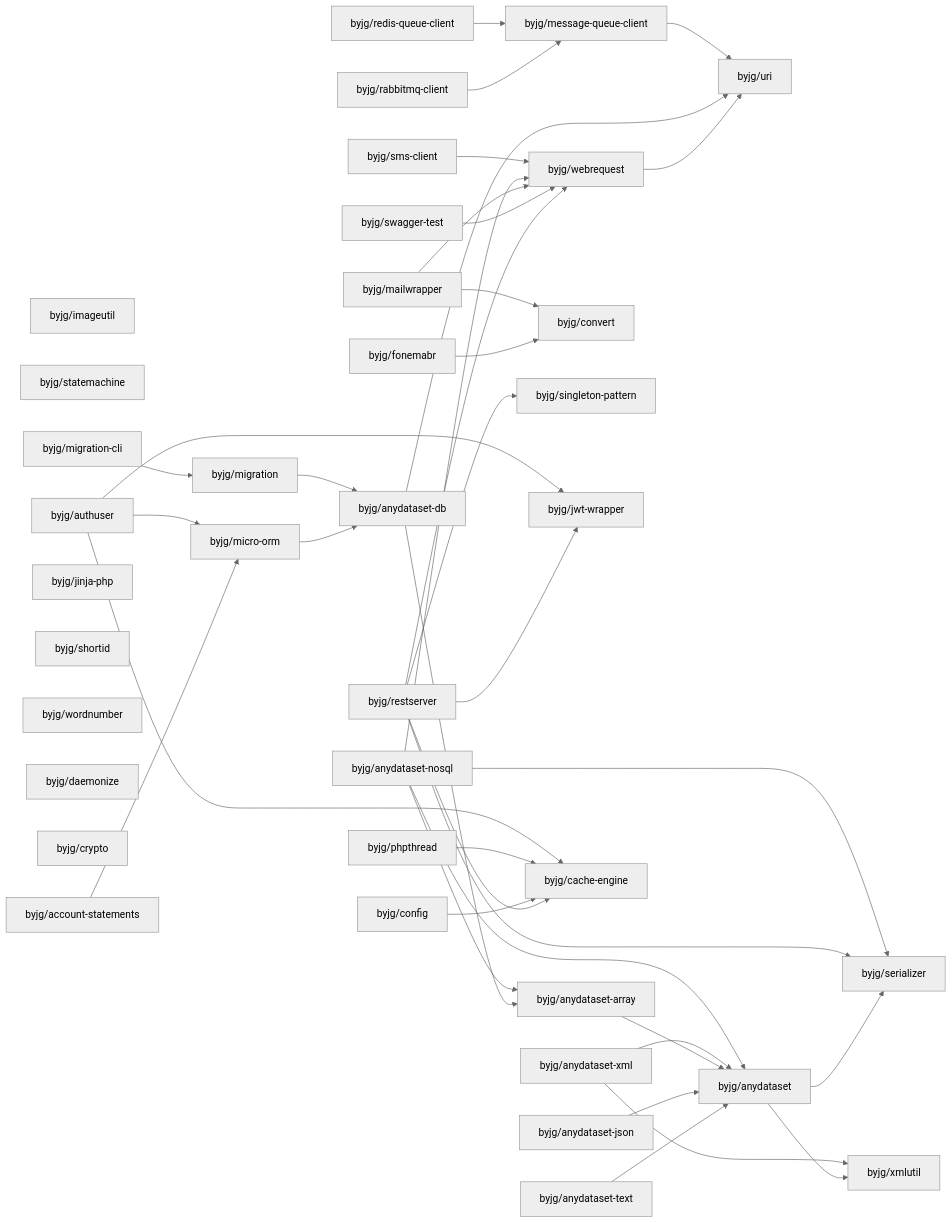
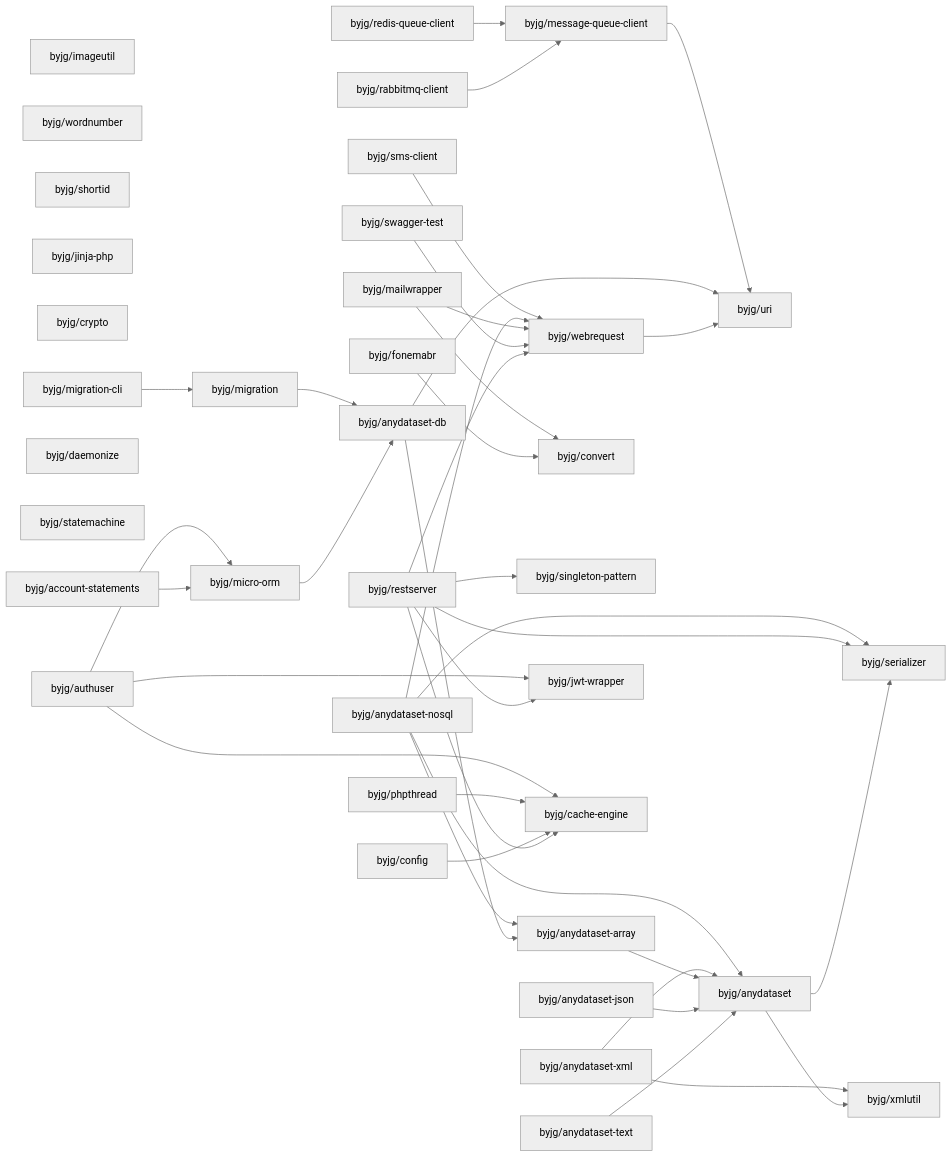
One commit to byjg/byjg.github.io changed the diagram in docs/php/README.md. Above: the diagram before and after it, drawn with Mermaid (neutral theme). The commit also changed other lines of this file, not shown here.

Commit message:
Update documentation 'php' 'php-jwt-wrapper'

````diff
--- a/docs/php/README.md
+++ b/docs/php/README.md
@@ -3,76 +3,76 @@
 ```mermaid
 graph LR;
   byjg/imageutil;
+  byjg/mailwrapper;
+  byjg/wordnumber;
+  byjg/shortid;
+  byjg/anydataset-json;
+  byjg/jinja-php;
+  byjg/anydataset-xml;
+  byjg/crypto;
+  byjg/fonemabr;
+  byjg/swagger-test;
+  byjg/migration-cli;
+  byjg/config;
+  byjg/daemonize;
+  byjg/statemachine;
+  byjg/account-statements;
   byjg/anydataset-nosql;
-  byjg/statemachine;
-  byjg/swagger-test;
-  byjg/fonemabr;
-  byjg/mailwrapper;
+  byjg/redis-queue-client;
+  byjg/restserver;
+  byjg/rabbitmq-client;
+  byjg/sms-client;
+  byjg/anydataset-text;
   byjg/authuser;
-  byjg/account-statements;
-  byjg/anydataset-xml;
-  byjg/config;
-  byjg/jinja-php;
-  byjg/restserver;
-  byjg/redis-queue-client;
-  byjg/anydataset-json;
-  byjg/shortid;
-  byjg/wordnumber;
-  byjg/rabbitmq-client;
-  byjg/anydataset-text;
   byjg/phpthread;
-  byjg/daemonize;
-  byjg/sms-client;
-  byjg/crypto;
-  byjg/migration-cli;
   byjg/convert;
+  byjg/migration;
+  byjg/singleton-pattern;
+  byjg/message-queue-client;
+  byjg/webrequest;
   byjg/micro-orm;
-  byjg/singleton-pattern;
   byjg/jwt-wrapper;
-  byjg/message-queue-client;
   byjg/cache-engine;
-  byjg/webrequest;
-  byjg/migration;
   byjg/anydataset-db;
   byjg/anydataset-array;
   byjg/uri;
   byjg/anydataset;
   byjg/serializer;
   byjg/xmlutil;
   byjg/sms-client --> byjg/webrequest;
   byjg/anydataset-nosql --> byjg/anydataset;
   byjg/anydataset-nosql --> byjg/anydataset-array;
   byjg/anydataset-nosql --> byjg/serializer;
   byjg/anydataset-nosql --> byjg/webrequest;
   byjg/anydataset-xml --> byjg/anydataset;
   byjg/anydataset-xml --> byjg/xmlutil;
   byjg/message-queue-client --> byjg/uri;
   byjg/redis-queue-client --> byjg/message-queue-client;
   byjg/authuser --> byjg/micro-orm;
   byjg/authuser --> byjg/cache-engine;
   byjg/authuser --> byjg/jwt-wrapper;
   byjg/mailwrapper --> byjg/convert;
   byjg/mailwrapper --> byjg/webrequest;
   byjg/anydataset-array --> byjg/anydataset;
   byjg/account-statements --> byjg/micro-orm;
   byjg/phpthread --> byjg/cache-engine;
   byjg/fonemabr --> byjg/convert;
   byjg/migration --> byjg/anydataset-db;
   byjg/micro-orm --> byjg/anydataset-db;
   byjg/swagger-test --> byjg/webrequest;
   byjg/anydataset-db --> byjg/anydataset-array;
   byjg/anydataset-db --> byjg/uri;
   byjg/config --> byjg/cache-engine;
   byjg/anydataset-json --> byjg/anydataset;
   byjg/anydataset-text --> byjg/anydataset;
   byjg/rabbitmq-client --> byjg/message-queue-client;
   byjg/restserver --> byjg/serializer;
   byjg/restserver --> byjg/singleton-pattern;
   byjg/restserver --> byjg/cache-engine;
   byjg/restserver --> byjg/webrequest;
   byjg/restserver --> byjg/jwt-wrapper;
   byjg/anydataset --> byjg/serializer;
   byjg/anydataset --> byjg/xmlutil;
   byjg/webrequest --> byjg/uri;
   byjg/migration-cli --> byjg/migration;
 ```
````
